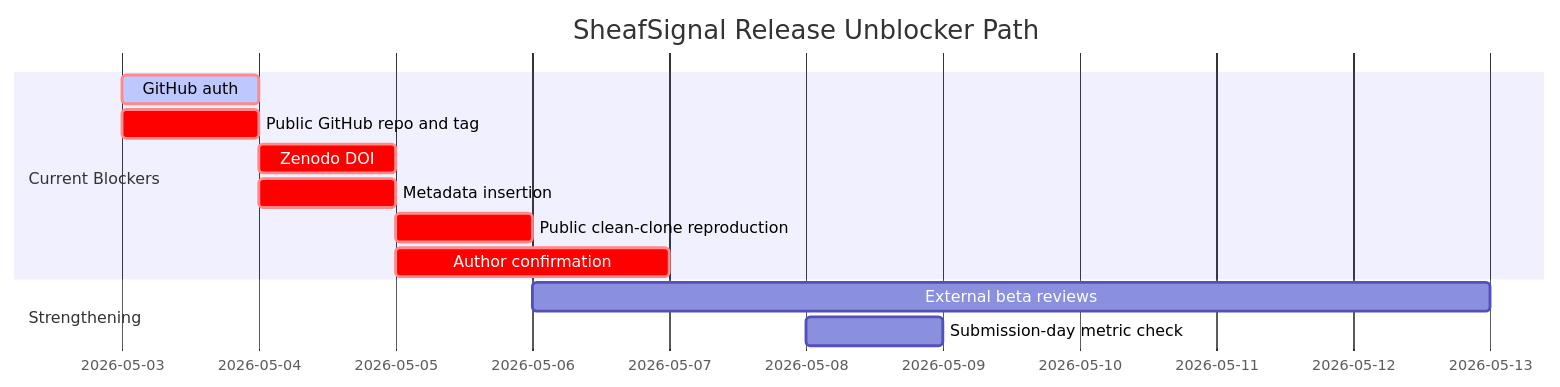
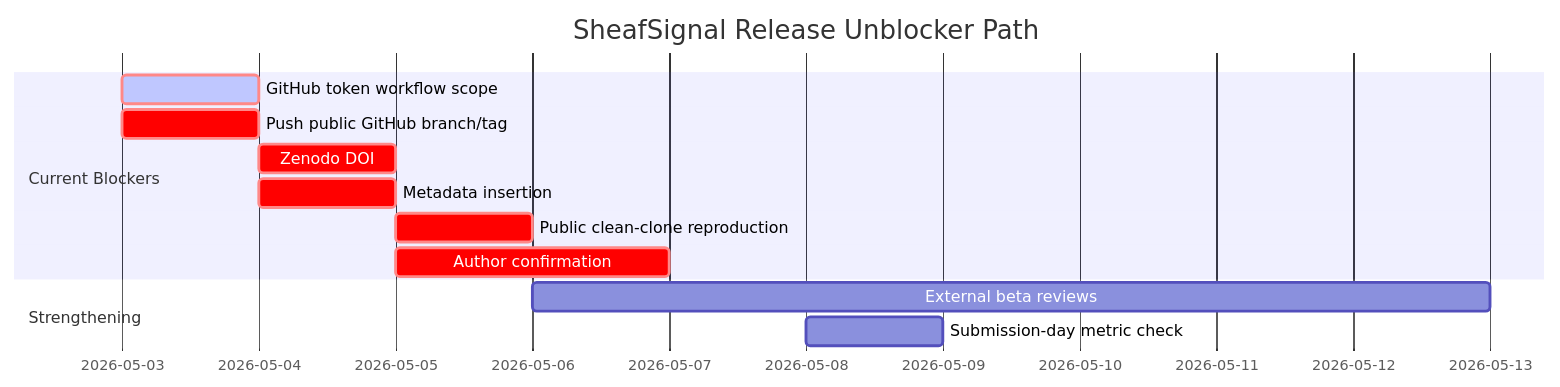
Before and after one commit to healthgreat/SheafSignal: the diagram in release/RELEASE_UNBLOCKER_RUNBOOK_ZH.md, drawn with Mermaid. The commit also changed other lines of this file and 8 other files, not shown here.

Commit message:
Record GitHub workflow-scope blocker

````diff
--- a/release/RELEASE_UNBLOCKER_RUNBOOK_ZH.md
+++ b/release/RELEASE_UNBLOCKER_RUNBOOK_ZH.md
@@ -39,17 +39,17 @@
 ```mermaid
 gantt
     title SheafSignal Release Unblocker Path
     dateFormat  YYYY-MM-DD
 
     section Current Blockers
-    GitHub auth                     :crit, active, 2026-05-03, 1d
-    Public GitHub repo and tag      :crit, 2026-05-03, 1d
+    GitHub token workflow scope     :crit, active, 2026-05-03, 1d
+    Push public GitHub branch/tag   :crit, 2026-05-03, 1d
     Zenodo DOI                      :crit, 2026-05-04, 1d
     Metadata insertion              :crit, 2026-05-04, 1d
     Public clean-clone reproduction :crit, 2026-05-05, 1d
     Author confirmation             :crit, 2026-05-05, 2d
 
     section Strengthening
     External beta reviews           :2026-05-06, 7d
     Submission-day metric check     :2026-05-08, 1d
 ```
````
